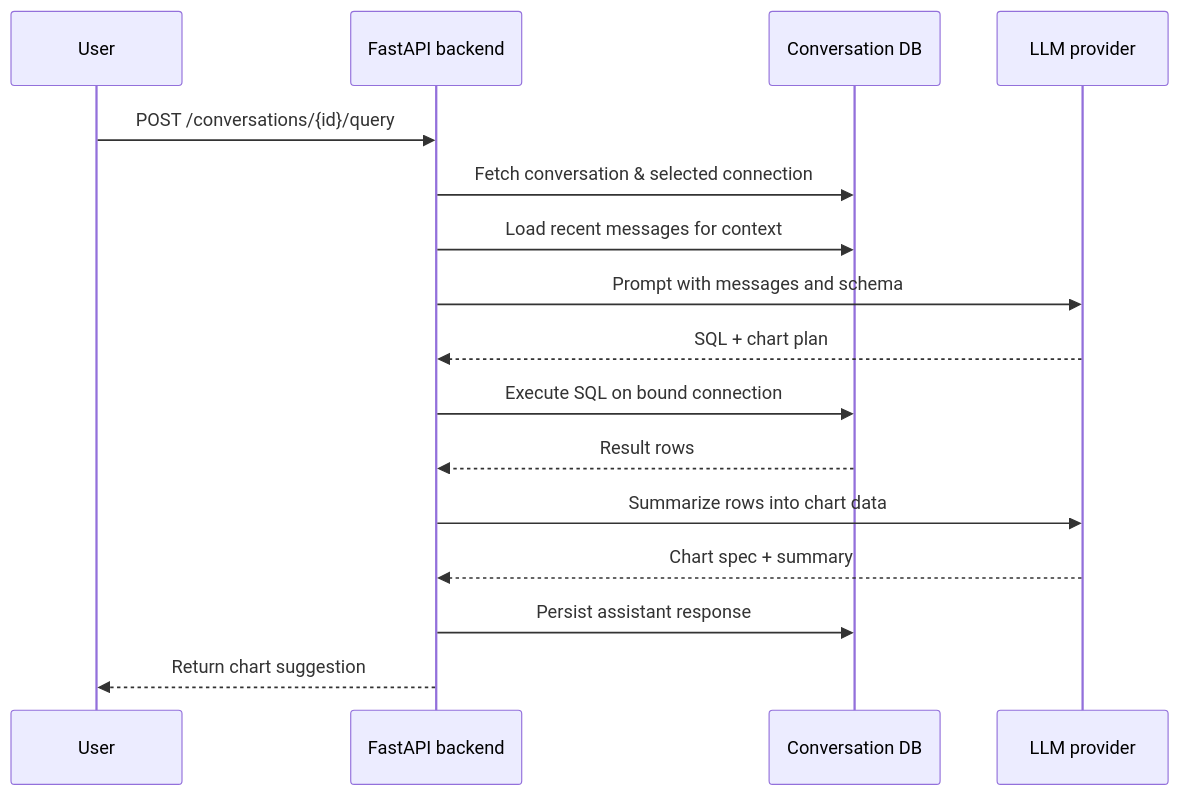
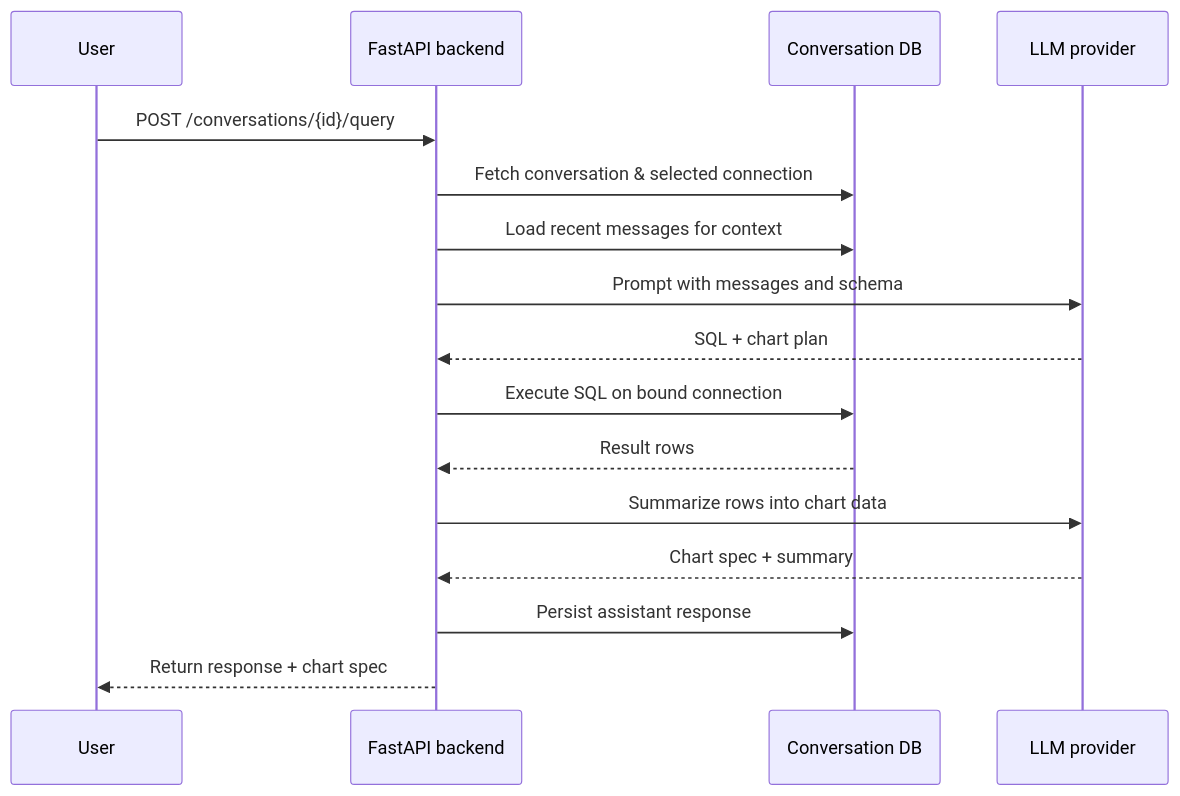
One commit to benjyongzh/llm-data-analyst changed the second of 4 diagrams in README.md. Above: the diagram before and after it, drawn with Mermaid. The commit also changed other lines of this file and 3 other files, not shown here.

````diff
--- a/README.md
+++ b/README.md
@@ -100,19 +102,19 @@
 ```mermaid
 sequenceDiagram
     participant U as User
     participant API as FastAPI backend
     participant DB as Conversation DB
     participant LLM as LLM provider
 
     U->>API: POST /conversations/{id}/query
     API->>DB: Fetch conversation & selected connection
     API->>DB: Load recent messages for context
     API->>LLM: Prompt with messages and schema
     LLM-->>API: SQL + chart plan
     API->>DB: Execute SQL on bound connection
     DB-->>API: Result rows
     API->>LLM: Summarize rows into chart data
     LLM-->>API: Chart spec + summary
     API->>DB: Persist assistant response
-    API-->>U: Return chart suggestion
+    API-->>U: Return response + chart spec
 ```
````
